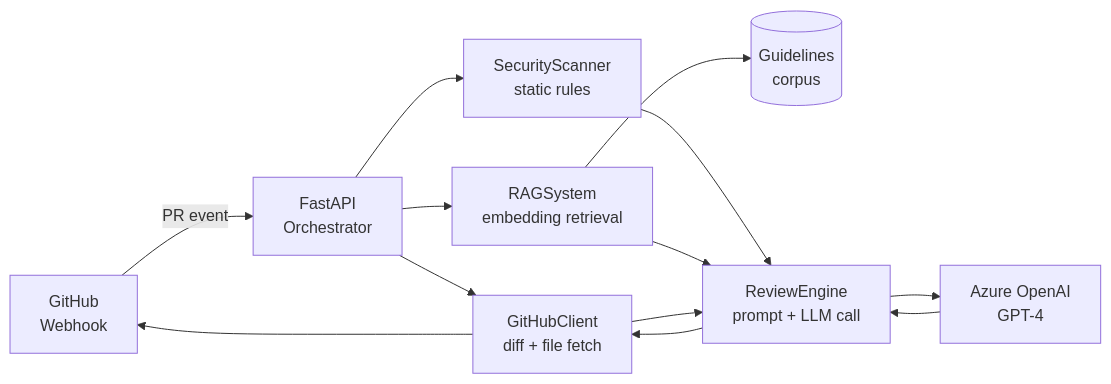
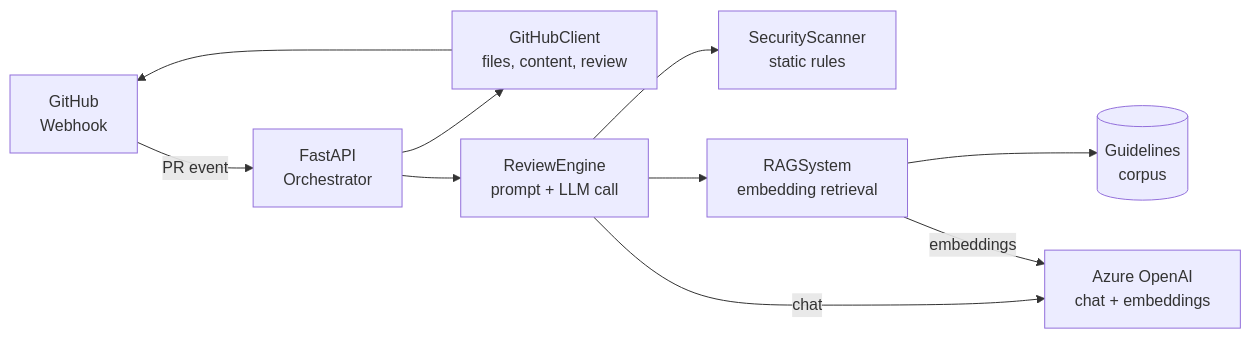
Before and after one commit to munisht06/automated-code-review-agent: the diagram in README.md, drawn with Mermaid. The commit also changed other lines of this file and 4 other files, not shown here.

````diff
--- a/README.md
+++ b/README.md
@@ -71,15 +71,12 @@
 ```mermaid
 flowchart LR
     GH[GitHub<br/>Webhook] -->|PR event| FA[FastAPI<br/>Orchestrator]
-    FA --> GC[GitHubClient<br/>diff + file fetch]
-    FA --> SS[SecurityScanner<br/>static rules]
-    FA --> RAG[RAGSystem<br/>embedding retrieval]
+    FA --> GC[GitHubClient<br/>files, content, review]
+    FA --> RE[ReviewEngine<br/>prompt + LLM call]
+    RE --> SS[SecurityScanner<br/>static rules]
+    RE --> RAG[RAGSystem<br/>embedding retrieval]
     RAG --> GLI[(Guidelines<br/>corpus)]
-    SS --> RE[ReviewEngine<br/>prompt + LLM call]
-    RAG --> RE
-    GC --> RE
-    RE --> AOAI[Azure OpenAI<br/>GPT-4]
-    AOAI --> RE
-    RE --> GC
+    RE -->|chat| AOAI[Azure OpenAI<br/>chat + embeddings]
+    RAG -->|embeddings| AOAI
     GC --> GH
 ```
````
